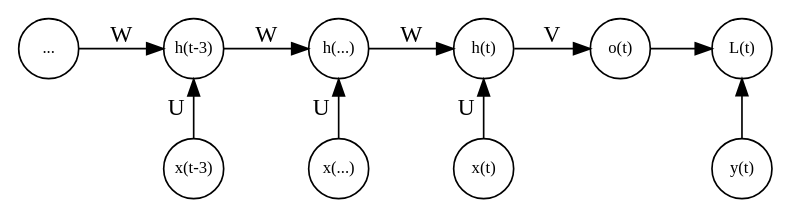
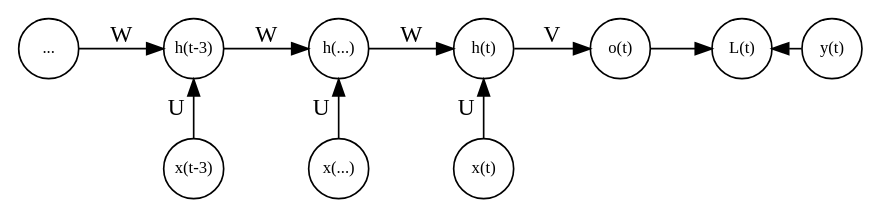
One commit to one-leaf/tensorflow changed the fifth of 7 diagrams in book/deeplearning/10-序列建模：循环和递归网络.md. Above: the diagram before and after it, drawn with Graphviz. The commit also changed other lines of this file and 3 other files, not shown here.

````diff
--- a/book/deeplearning/10-序列建模：循环和递归网络.md
+++ b/book/deeplearning/10-序列建模：循环和递归网络.md
@@ -109,31 +109,31 @@
         ```graphviz
         digraph rnn{
             rankdir=LR;
             node [margin=0 shape=circle width=0.5 fontsize=10]
             a [label="..."]
             h1 [label="h(t-3)"]
             h2 [label="h(...)"]
             h3 [label="h(t)"]
             x1 [label="x(t-3)"]
             x2 [label="x(...)"]
             x3 [label="x(t)"]
             o  [label="o(t)"]
             L  [label="L(t)"]
             y  [label="y(t)"]
 
             a->h1 [label="W"]
             h1->h2 [label="W"]
             h2->h3 [label="W"]
             h3->o [label="V"]
             o->L 
             x1 -> h1 [label="U" constraint=false]
             x2 -> h2 [label="U" constraint=false]
             x3 -> h3 [label="U" constraint=false]
             y->L [constraint=false]
 
             {rank=same; h1; x1}
             {rank=same; h2; x2}
             {rank=same; h3; x3}
-            {rank=same; y; L}
+            {rank=sink; y}
         }
         ```
````
